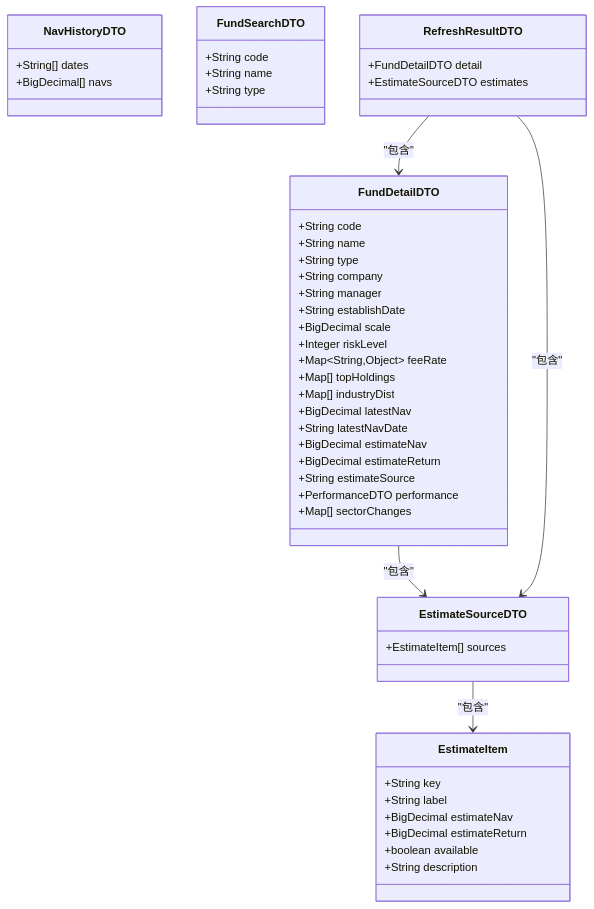
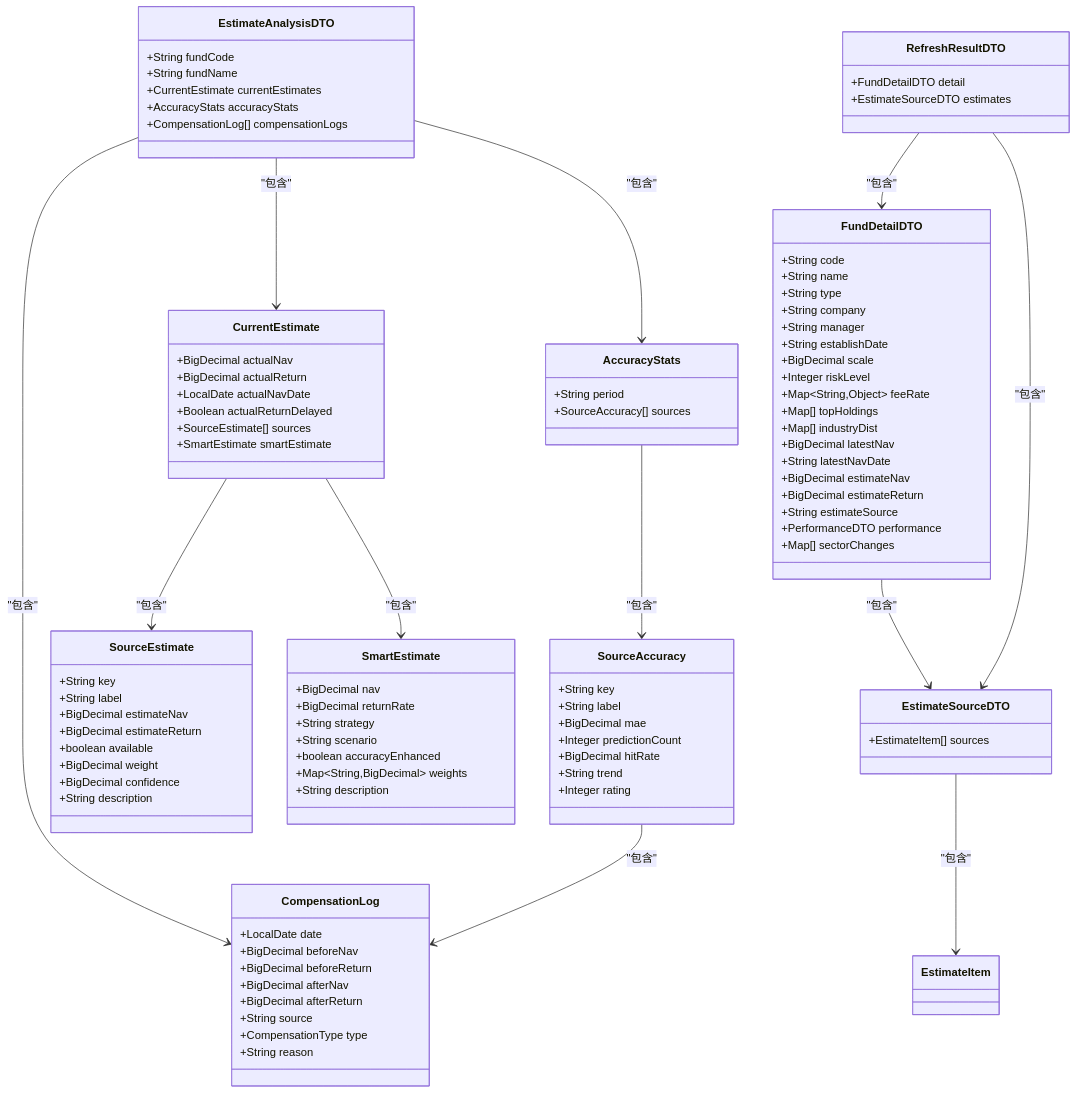
One commit to gree-coder/fund-butler changed the fourth of 25 diagrams in .qoder/repowiki/zh/content/核心功能开发/FundController增强.md. Above: the diagram before and after it, drawn with Mermaid. The commit also changed other lines of this file and 16 other files, not shown here.

````diff
--- a/.qoder/repowiki/zh/content/核心功能开发/FundController增强.md
+++ b/.qoder/repowiki/zh/content/核心功能开发/FundController增强.md
@@ -201,22 +227,62 @@
 class EstimateSourceDTO {
 +EstimateItem[] sources
 }
-class EstimateItem {
+class EstimateAnalysisDTO {
++String fundCode
++String fundName
++CurrentEstimate currentEstimates
++AccuracyStats accuracyStats
++CompensationLog[] compensationLogs
+}
+class CurrentEstimate {
++BigDecimal actualNav
++BigDecimal actualReturn
++LocalDate actualNavDate
++Boolean actualReturnDelayed
++SourceEstimate[] sources
++SmartEstimate smartEstimate
+}
+class SourceEstimate {
 +String key
 +String label
 +BigDecimal estimateNav
 +BigDecimal estimateReturn
 +boolean available
++BigDecimal weight
++BigDecimal confidence
 +String description
 }
-class NavHistoryDTO {
-+String[] dates
-+BigDecimal[] navs
+class SmartEstimate {
++BigDecimal nav
++BigDecimal returnRate
++String strategy
++String scenario
++boolean accuracyEnhanced
++Map~String,BigDecimal~ weights
++String description
 }
-class FundSearchDTO {
-+String code
-+String name
-+String type
+class AccuracyStats {
++String period
++SourceAccuracy[] sources
+}
+class SourceAccuracy {
++String key
++String label
++BigDecimal mae
++Integer predictionCount
++BigDecimal hitRate
++String trend
++Integer rating
+}
+class CompensationLog {
++LocalDate date
++BigDecimal beforeNav
++BigDecimal beforeReturn
++BigDecimal afterNav
++BigDecimal afterReturn
++String source
++CompensationType type
++String reason
 }
 class RefreshResultDTO {
 +FundDetailDTO detail
@@ -224,6 +290,13 @@
 }
 FundDetailDTO --> EstimateSourceDTO : "包含"
 EstimateSourceDTO --> EstimateItem : "包含"
+EstimateAnalysisDTO --> CurrentEstimate : "包含"
+EstimateAnalysisDTO --> AccuracyStats : "包含"
+EstimateAnalysisDTO --> CompensationLog : "包含"
+CurrentEstimate --> SourceEstimate : "包含"
+CurrentEstimate --> SmartEstimate : "包含"
+AccuracyStats --> SourceAccuracy : "包含"
+SourceAccuracy --> CompensationLog : "包含"
 RefreshResultDTO --> FundDetailDTO : "包含"
 RefreshResultDTO --> EstimateSourceDTO : "包含"
 ```
````
